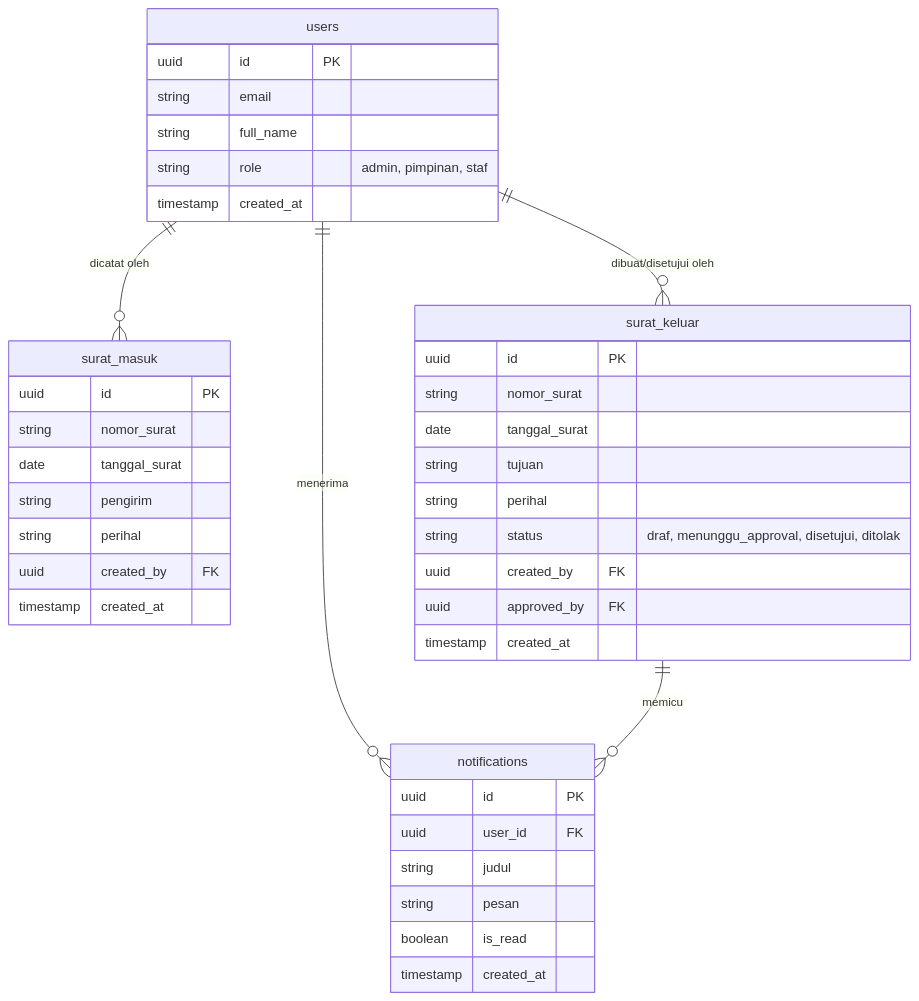
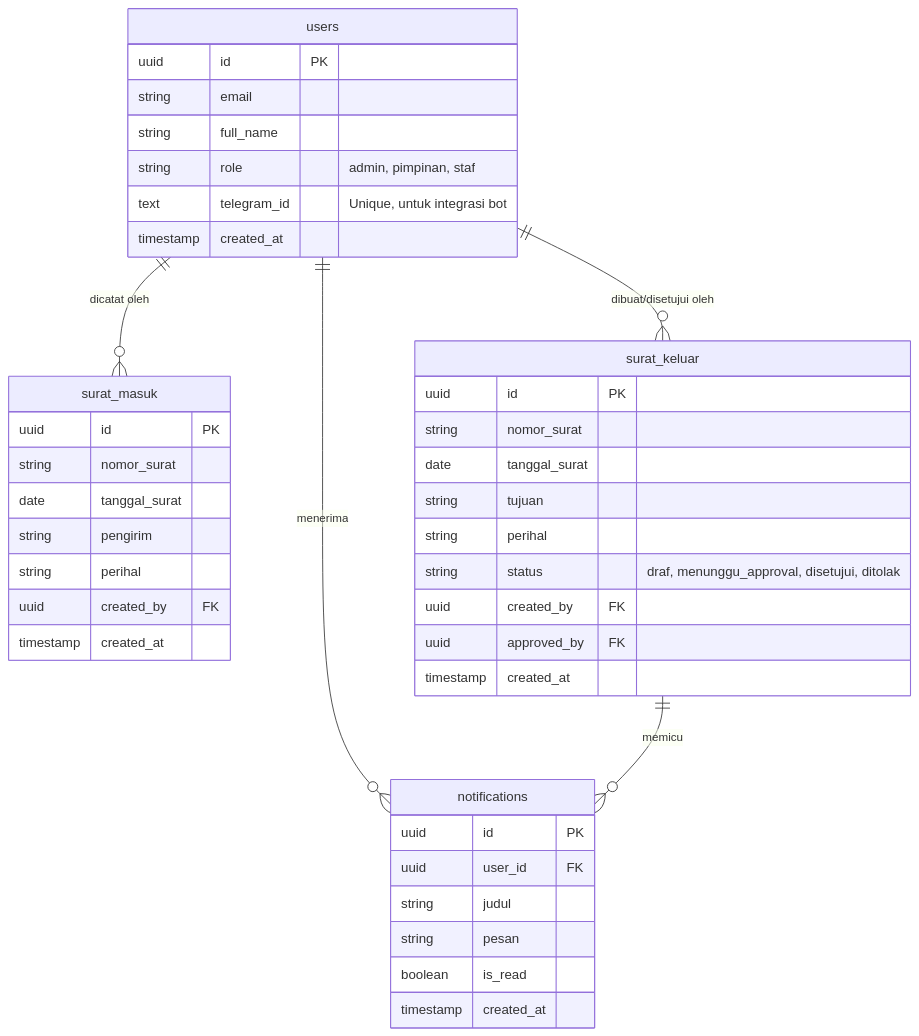
The diagram in docs/ERD.md (iqbalgsr46/sipas), drawn with Mermaid before and after one commit. The commit also changed other lines of this file and 10 other files, not shown here.

Commit message:
docs: Update all documentation to v2.0 - Add Telegram Bot, AI Assistant, and dark mode features

````diff
--- a/docs/ERD.md
+++ b/docs/ERD.md
@@ -3,46 +3,47 @@
 ```mermaid
 erDiagram
     users ||--o{ surat_masuk : "dicatat oleh"
     users ||--o{ surat_keluar : "dibuat/disetujui oleh"
     users ||--o{ notifications : "menerima"
     surat_keluar ||--o{ notifications : "memicu"
 
     users {
         uuid id PK
         string email
         string full_name
         string role "admin, pimpinan, staf"
+        text telegram_id "Unique, untuk integrasi bot"
         timestamp created_at
     }
 
     surat_masuk {
         uuid id PK
         string nomor_surat
         date tanggal_surat
         string pengirim
         string perihal
         uuid created_by FK
         timestamp created_at
     }
 
     surat_keluar {
         uuid id PK
         string nomor_surat
         date tanggal_surat
         string tujuan
         string perihal
         string status "draf, menunggu_approval, disetujui, ditolak"
         uuid created_by FK
         uuid approved_by FK
         timestamp created_at
     }
 
     notifications {
         uuid id PK
         uuid user_id FK
         string judul
         string pesan
         boolean is_read
         timestamp created_at
     }
 ```
````
